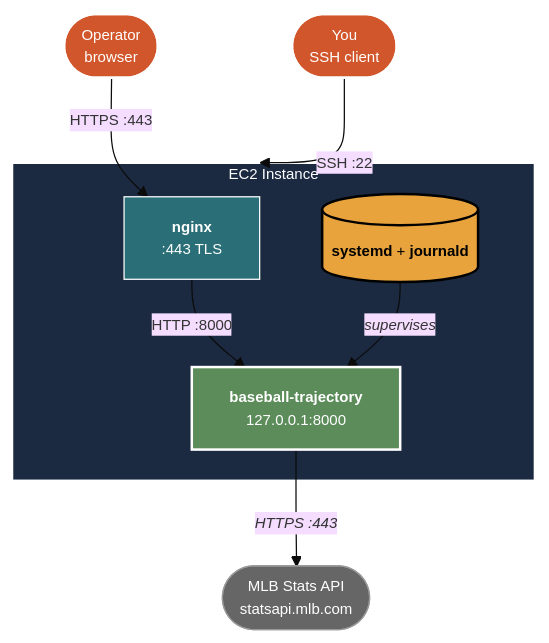
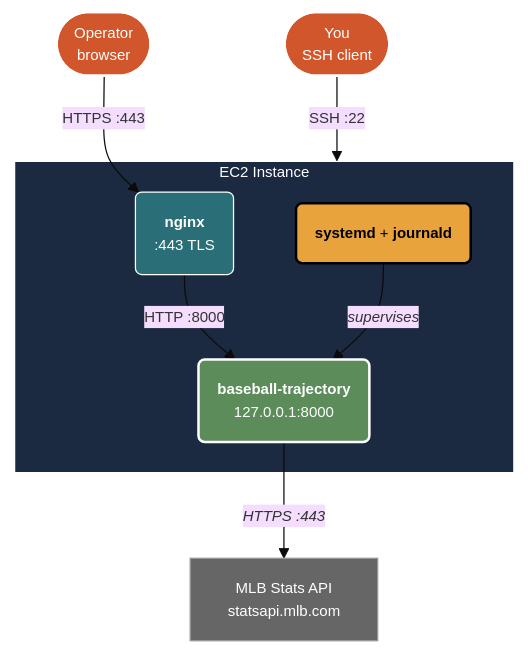
The second of 2 diagrams in lab10.qmd (mjfrigaard/do4ds-labs), drawn with Mermaid before and after one commit. The commit also changed other lines of this file and 69 other files, not shown here.

Commit message:
style review fixes; mermaid look; lab07 model scripts and workflow deps

````diff
--- a/lab10.qmd
+++ b/lab10.qmd
@@ -83,31 +85,31 @@
 ```{mermaid}
 %%| fig-cap: 'baseball-trajectory Deployment on EC2'
 %%| fig-width: 8.0
 %%| fig-align: 'center'
-%%{init: {'theme': 'base', 'themeVariables': {'fontFamily': 'monospace', "fontSize":"12px"}}}%%
+%%{init: {'theme': 'base', 'look': 'classic', 'themeVariables': {'fontFamily': 'monospace', "fontSize":"12px"}}}%%
 
 graph TD
     Op(["Operator<br/>browser"])
     Admin(["You<br/>SSH client"])
 
     subgraph EC2["EC2 Instance"]
-        Nginx["<strong>nginx</strong><br/>:443 TLS"]
-        App["<strong>baseball-trajectory</strong><br/>127.0.0.1:8000"]
-        Sysd[("<strong>systemd</strong> + <strong>journald</strong>")]
+        Nginx("<strong>nginx</strong><br/>:443 TLS")
+        App("<strong>baseball-trajectory</strong><br/>127.0.0.1:8000")
+        Sysd("<strong>systemd</strong> + <strong>journald</strong>")
     end
-    MLB(["MLB Stats API<br/>statsapi.mlb.com"])
+    MLB["MLB Stats API<br/>statsapi.mlb.com"]
 
     Op --"HTTPS :443"--> Nginx
     Admin --"SSH :22"--> EC2
     Nginx --"HTTP :8000"--> App
     App --"<em>HTTPS :443</em>"--> MLB
     Sysd --"<em>supervises</em>"--> App
 
     style EC2 fill:#1B2A41,stroke:#fff,stroke-width:2px,color:#fff
     style Op fill:#d2562b,stroke:#fff,stroke-width:2px,color:#fff
     style Admin fill:#d2562b,stroke:#fff,stroke-width:2px,color:#fff
     style Nginx fill:#2a6f77,stroke:#fff,stroke-width:1px,color:#fff
     style App fill:#5b8c5a,stroke:#fff,stroke-width:2px,color:#fff
     style MLB fill:#666,stroke:#999,stroke-width:1px,color:#fff
     style Sysd fill:#e8a33d,stroke:#000,stroke-width:2px,color:#000
 ```
````
